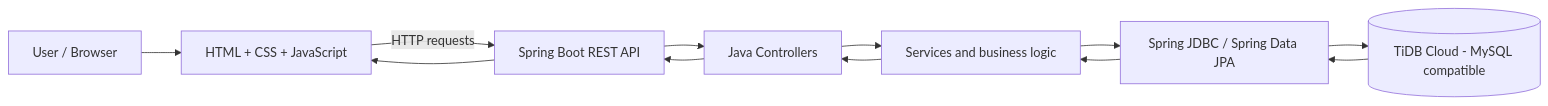
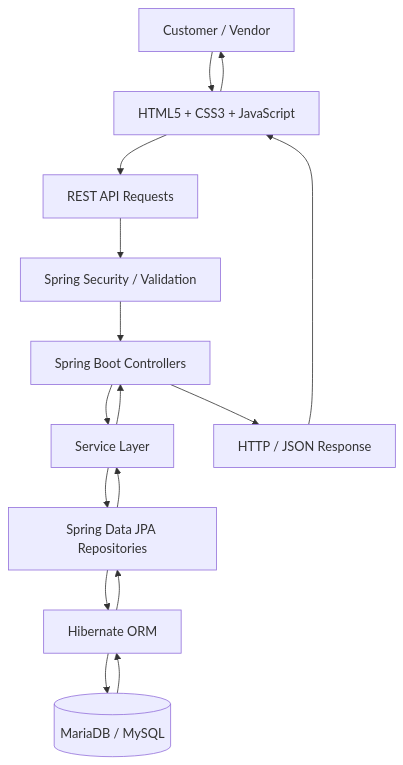
Before and after one commit to TejasviMaheshwari/Grocery-Mate: the first of 2 diagrams in README.md, drawn with Mermaid. The commit also changed other lines of this file, not shown here.

````diff
--- a/README.md
+++ b/README.md
@@ -89,10 +157,18 @@
 ```mermaid
-flowchart LR
-    A[User / Browser] --> B[HTML + CSS + JavaScript]
-    B -->|HTTP requests| C[Spring Boot REST API]
-    C --> D[Java Controllers]
-    D --> E[Services and business logic]
-    E --> F[Spring JDBC / Spring Data JPA]
-    F --> G[(TiDB Cloud - MySQL compatible)]
-    G --> F --> E --> D --> C --> B
+flowchart TD
+    U["Customer / Vendor"] --> UI["HTML5 + CSS3 + JavaScript"]
+    UI --> API["REST API Requests"]
+    API --> SEC["Spring Security / Validation"]
+    SEC --> CTRL["Spring Boot Controllers"]
+    CTRL --> SVC["Service Layer"]
+    SVC --> REPO["Spring Data JPA Repositories"]
+    REPO --> ORM["Hibernate ORM"]
+    ORM --> DB[("MariaDB / MySQL")]
+    DB --> ORM
+    ORM --> REPO
+    REPO --> SVC
+    SVC --> CTRL
+    CTRL --> RES["HTTP / JSON Response"]
+    RES --> UI
+    UI --> U
 ```
````
